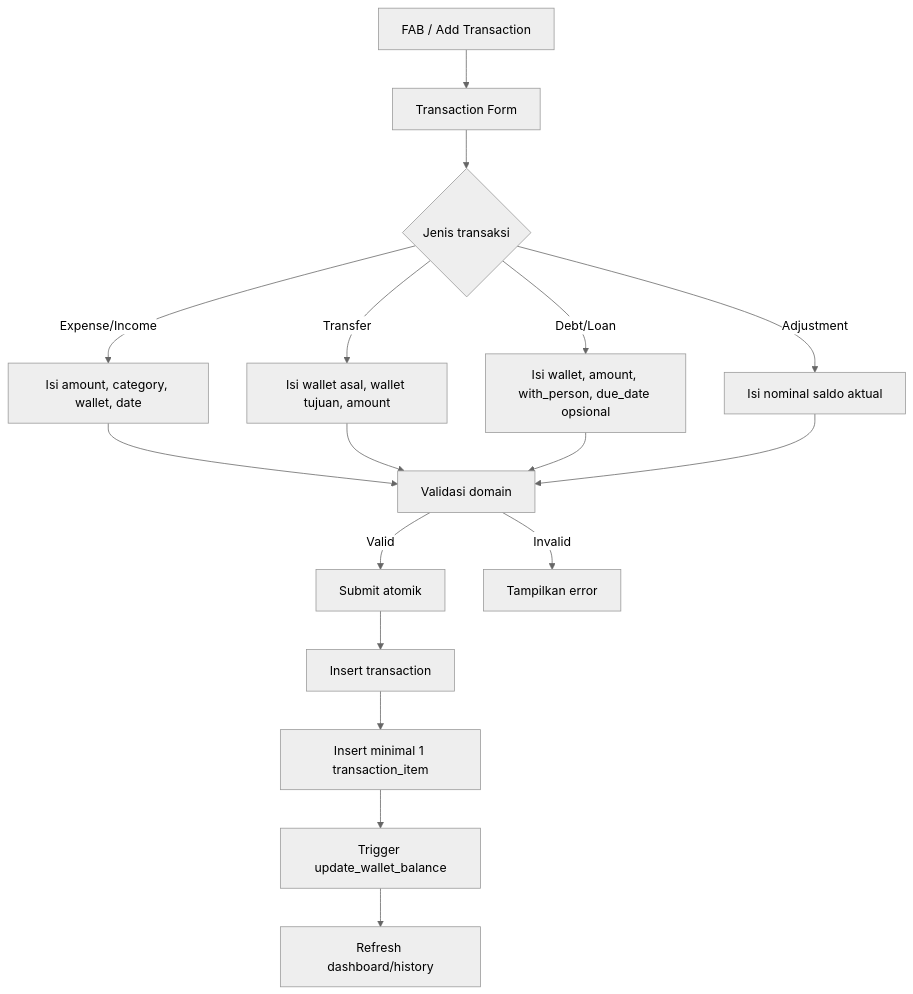
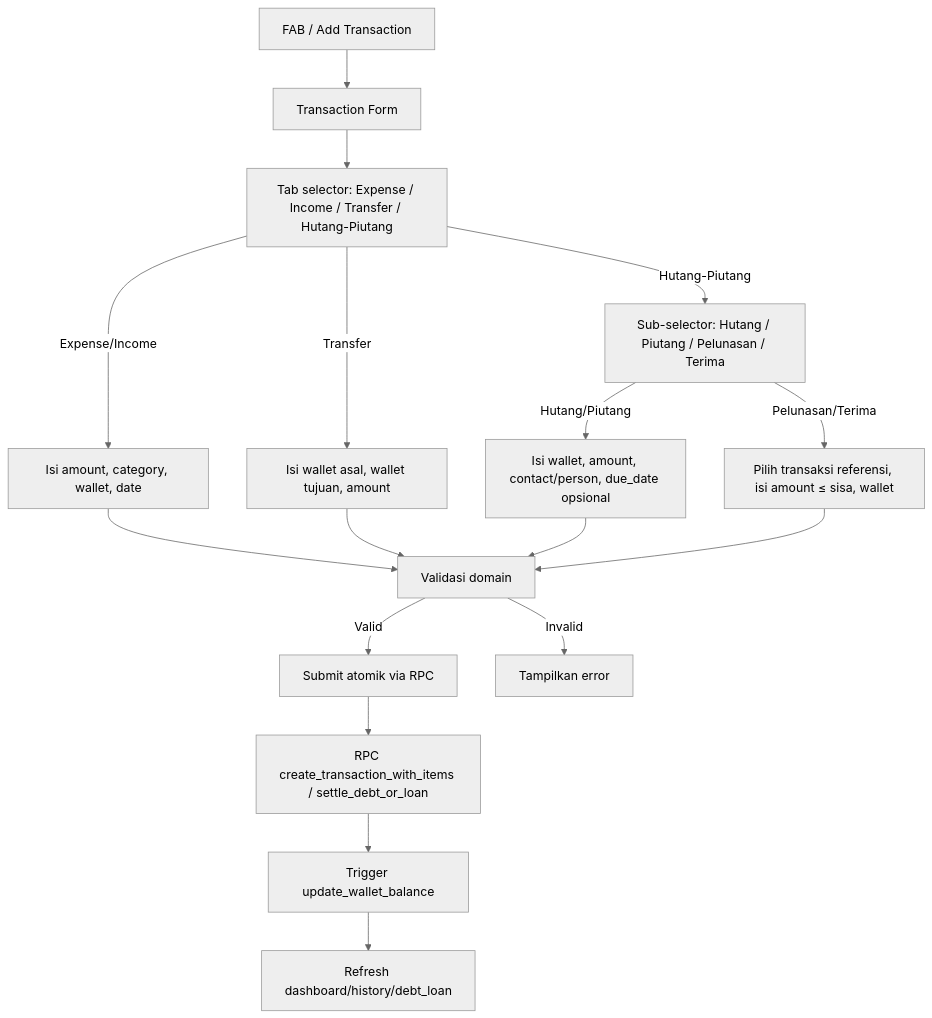
One commit to achyusuf10/Saku-Rapi-Mobile changed the second of 9 diagrams in docs/01_PRD.md. Above: the diagram before and after it, drawn with Mermaid (neutral theme). The commit also changed other lines of this file and 34 other files, not shown here.

````diff
--- a/docs/01_PRD.md
+++ b/docs/01_PRD.md
@@ -182,19 +187,19 @@
 ```mermaid
 flowchart TD
     A[FAB / Add Transaction] --> B[Transaction Form]
-    B --> C{Jenis transaksi}
+    B --> C[Tab selector: Expense / Income / Transfer / Hutang-Piutang]
     C -->|Expense/Income| D[Isi amount, category, wallet, date]
     C -->|Transfer| E[Isi wallet asal, wallet tujuan, amount]
-    C -->|Debt/Loan| F[Isi wallet, amount, with_person, due_date opsional]
-    C -->|Adjustment| G[Isi nominal saldo aktual]
+    C -->|Hutang-Piutang| F[Sub-selector: Hutang / Piutang / Pelunasan / Terima]
+    F -->|Hutang/Piutang| F1[Isi wallet, amount, contact/person, due_date opsional]
+    F -->|Pelunasan/Terima| F2[Pilih transaksi referensi, isi amount ≤ sisa, wallet]
     D --> H[Validasi domain]
     E --> H
-    F --> H
-    G --> H
-    H -->|Valid| I[Submit atomik]
-    I --> J[Insert transaction]
-    J --> K[Insert minimal 1 transaction_item]
-    K --> L[Trigger update_wallet_balance]
-    L --> M[Refresh dashboard/history]
+    F1 --> H
+    F2 --> H
+    H -->|Valid| I[Submit atomik via RPC]
+    I --> J[RPC create_transaction_with_items / settle_debt_or_loan]
+    J --> K[Trigger update_wallet_balance]
+    K --> L[Refresh dashboard/history/debt_loan]
     H -->|Invalid| N[Tampilkan error]
 ```
````
